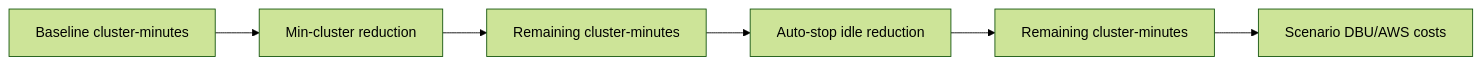
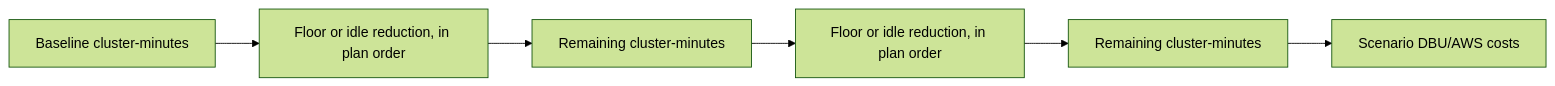
One commit to thiaga-gk/expert-funicular changed diagram 14 of 19 in docs/architecture/lld.md. Above: the diagram before and after it, drawn with Mermaid (forest theme). The commit also changed other lines of this file and 11 other files, not shown here.

````diff
--- a/docs/architecture/lld.md
+++ b/docs/architecture/lld.md
@@ -1078,8 +1075,8 @@
 ```mermaid
 flowchart LR
-    BASE[Baseline cluster-minutes] --> MIN[Min-cluster reduction]
+    BASE[Baseline cluster-minutes] --> MIN[Floor or idle reduction, in plan order]
     MIN --> REM1[Remaining cluster-minutes]
-    REM1 --> IDLE[Auto-stop idle reduction]
+    REM1 --> IDLE[Floor or idle reduction, in plan order]
     IDLE --> REM2[Remaining cluster-minutes]
     REM2 --> COST[Scenario DBU/AWS costs]
 ```
````
